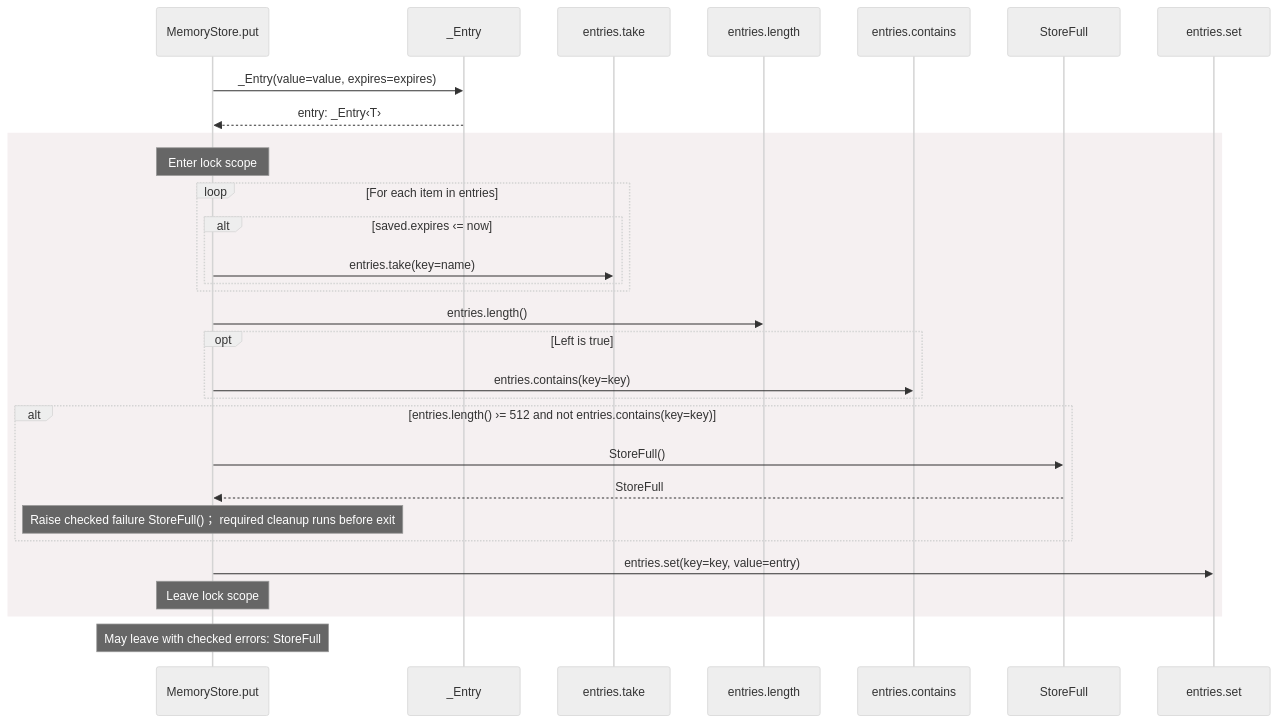
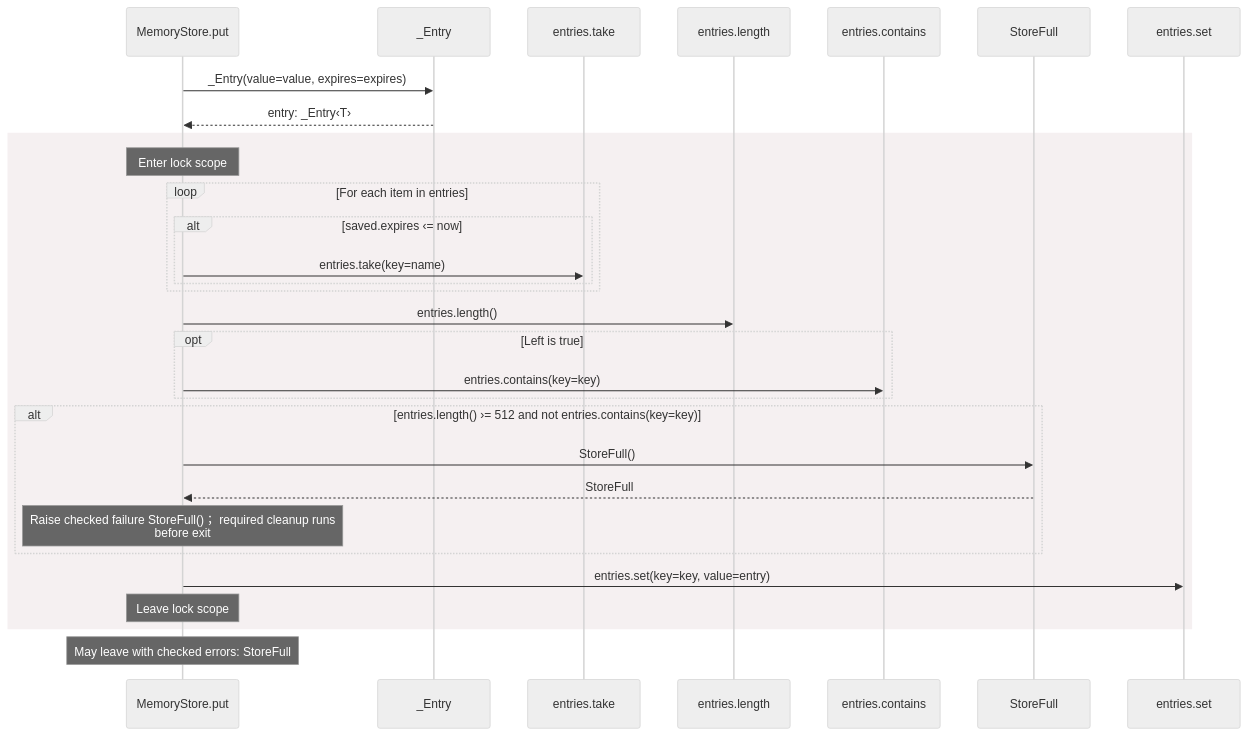
One commit to GreenPandaStudios/augscript changed the fourth of 6 diagrams in docs/examples/oidc-login/dependencies/packages/@git/url_0eb7c89453c87681ed15/0.0.0-git.a39fc582565d4fca40be4f75fa304d71adc69301/store-diagrams.md. Above: the diagram before and after it, drawn with Mermaid (neutral theme). The commit also changed 200 other files, not shown here.

Commit message:
Group imported operations and wrap readable sequence messages

````diff
--- a/docs/examples/oidc-login/dependencies/packages/@git/url_0eb7c89453c87681ed15/0.0.0-git.a39fc582565d4fca40be4f75fa304d71adc69301/store-diagrams.md
+++ b/docs/examples/oidc-login/dependencies/packages/@git/url_0eb7c89453c87681ed15/0.0.0-git.a39fc582565d4fca40be4f75fa304d71adc69301/store-diagrams.md
@@ -107,32 +107,32 @@
 ```mermaid
 sequenceDiagram
     participant p0 as MemoryStore.put
     participant p1 as _Entry
     participant p2 as entries.take
     participant p3 as entries.length
     participant p4 as entries.contains
     participant p5 as StoreFull
     participant p6 as entries.set
     p0->>p1: _Entry(value=value, expires=expires)
     p1-->>p0: entry: _Entry‹T›
     rect rgb(245, 240, 241)
     Note over p0: Enter lock scope
     loop For each item in entries
     alt saved.expires ‹= now
     p0->>p2: entries.take(key=name)
     end
     end
     p0->>p3: entries.length()
     opt Left is true
     p0->>p4: entries.contains(key=key)
     end
     alt entries.length() ›= 512 and not entries.contains(key=key)
     p0->>p5: StoreFull()
     p5-->>p0: StoreFull
-    Note over p0: Raise checked failure StoreFull()； required cleanup runs before exit
+    Note over p0: Raise checked failure StoreFull()； required cleanup runs<br/>before exit
     end
     p0->>p6: entries.set(key=key, value=entry)
     Note over p0: Leave lock scope
     end
     Note over p0: May leave with checked errors: StoreFull
 ```
````
